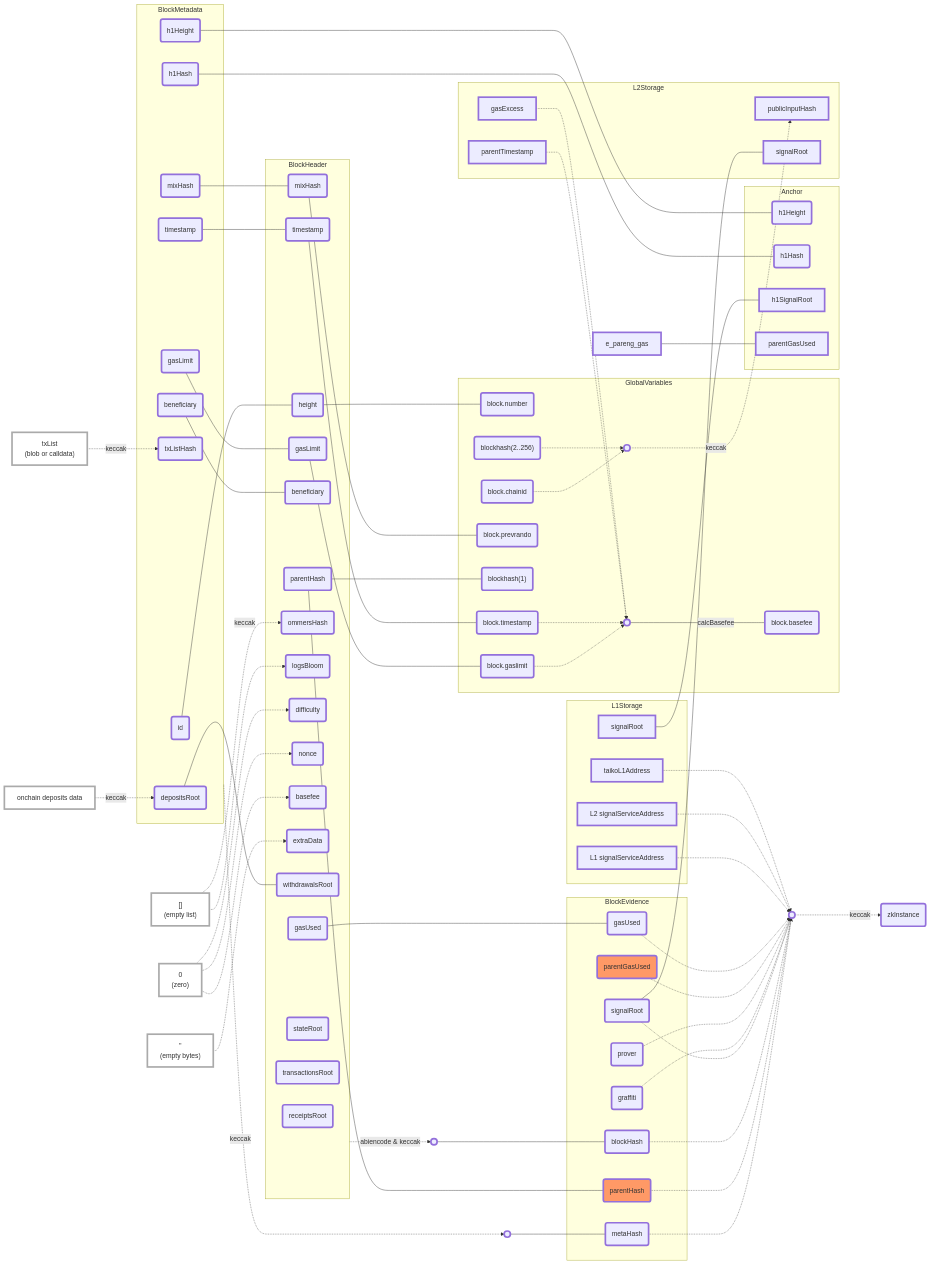
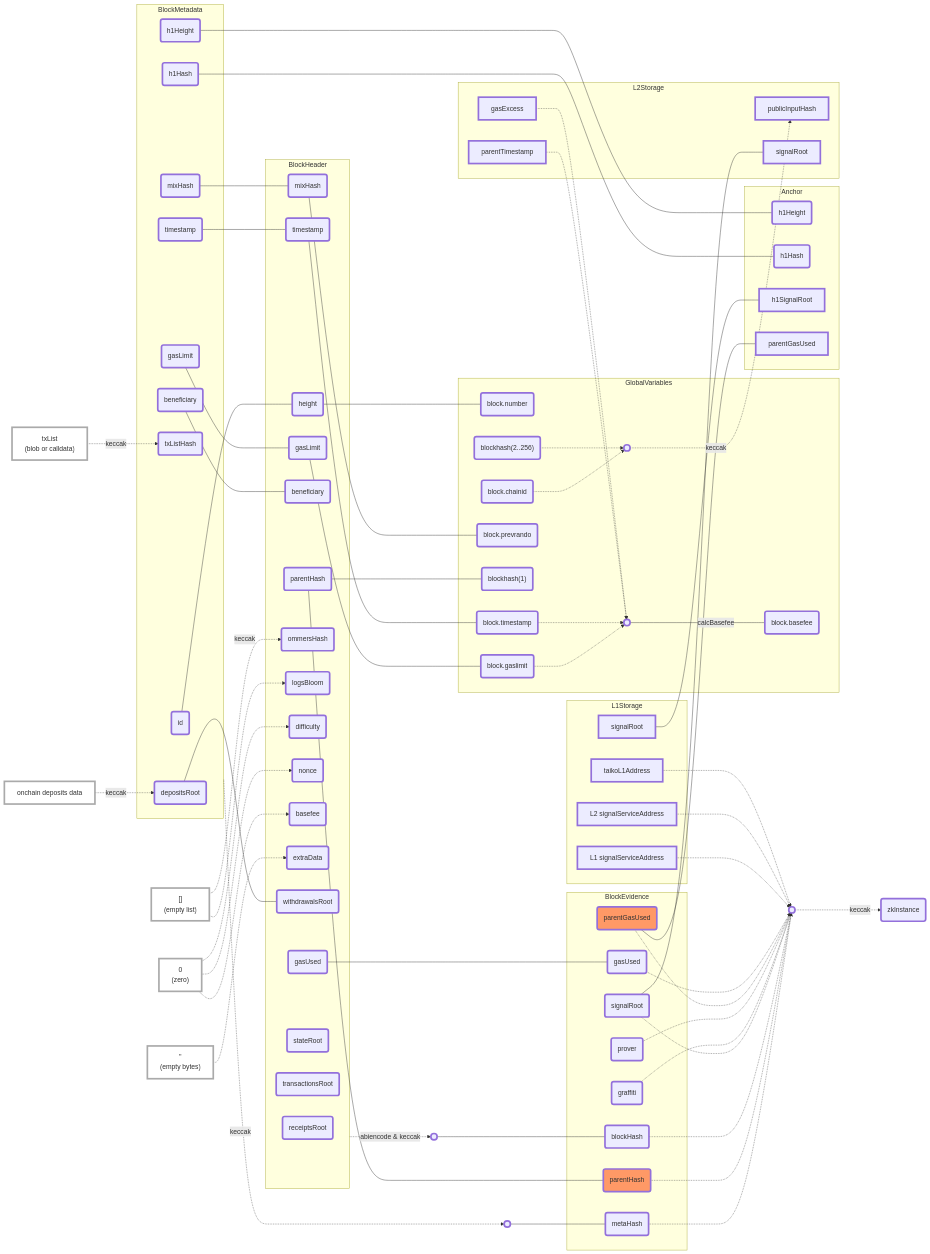
The diagram in packages/protocol/docs/ZKReq.md (taikoxyz/taiko-mono), drawn with Mermaid before and after one commit.

```diff
--- a/packages/protocol/docs/ZKReq.md
+++ b/packages/protocol/docs/ZKReq.md
@@ -39,7 +39,7 @@
 b_l1_taiko_addr -.-> dot3;
 
 e_signal_root --- s_signal_root
-e_pareng_gas --- a_parent_gas_used
+e_parent_gas_used --- a_parent_gas_used
 BlockHeader -.->|abiencode & keccak| dot5((" ")) o--- e_block_hash
 
 subgraph BlockMetadata
```
